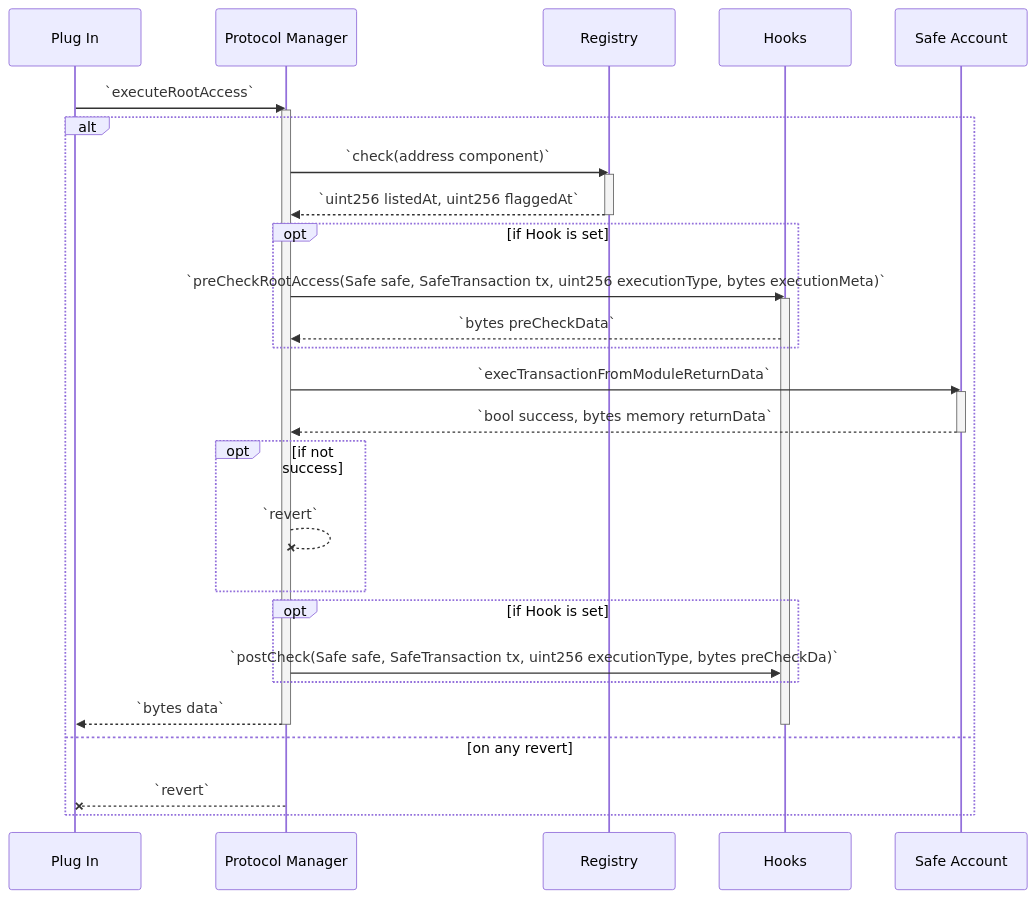
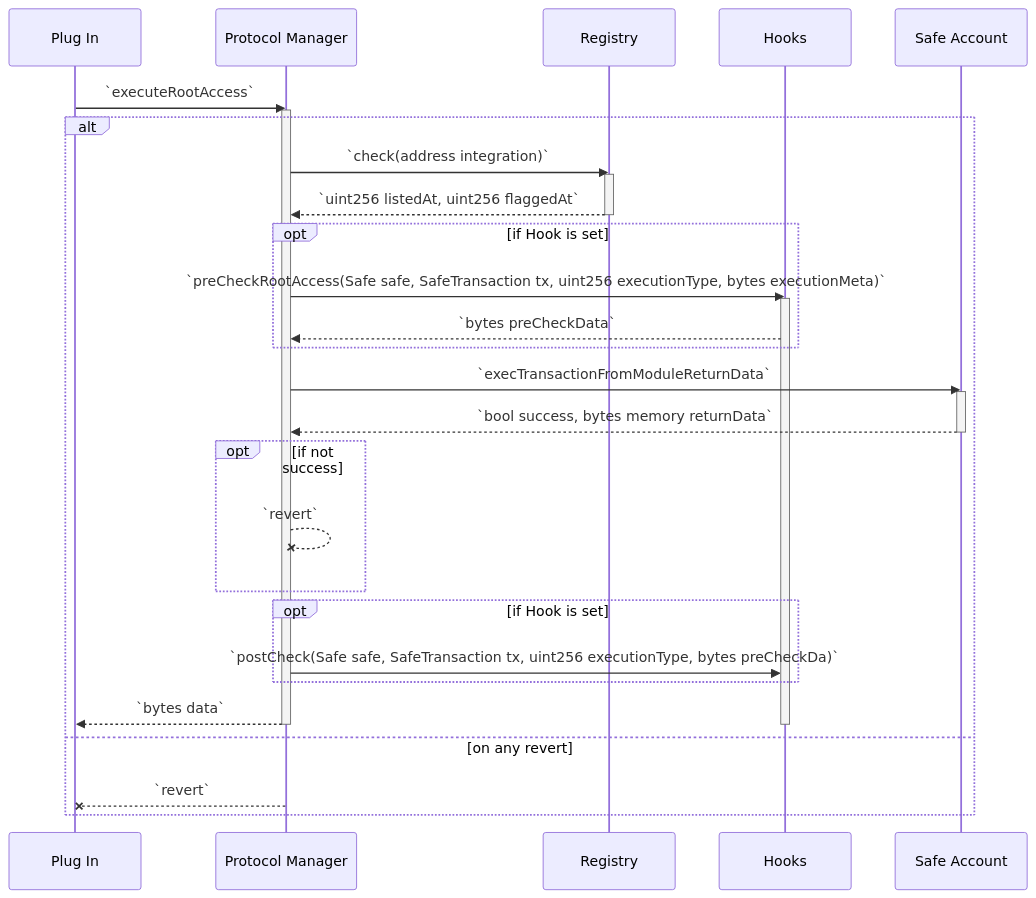
One commit to 5afe/safe-core-protocol-specs changed the diagram in manager/README.md. Above: the diagram before and after it, drawn with Mermaid. The commit also changed other lines of this file and 5 other files, not shown here.

````diff
--- a/manager/README.md
+++ b/manager/README.md
@@ -63,36 +63,36 @@
 ```mermaid
 sequenceDiagram
     participant P as Plug In
     participant M as Protocol Manager
     participant R as Registry
     participant H as Hooks
     participant A as Safe Account
     P->>M: `executeRootAccess`
     activate M
     alt
-        M->>R: `check(address component)`
+        M->>R: `check(address integration)`
         activate R
         R-->>M: `uint256 listedAt, uint256 flaggedAt`
         deactivate R
         opt if Hook is set
             M->>H: `preCheckRootAccess(Safe safe, SafeTransaction tx, uint256 executionType, bytes executionMeta)`
             activate H
             H-->>M: `bytes preCheckData`
         end
         M->>A: `execTransactionFromModuleReturnData`
         activate A
         A-->>M: `bool success, bytes memory returnData`
         deactivate A
         opt if not success
             M--XM: `revert`
         end
             opt if Hook is set
                 M->>H: `postCheck(Safe safe, SafeTransaction tx, uint256 executionType, bytes preCheckDa)`
             end
             M-->>P: `bytes data`
         deactivate H
         deactivate M
     else on any revert
         M--XP: `revert`
     end
 ```
````
